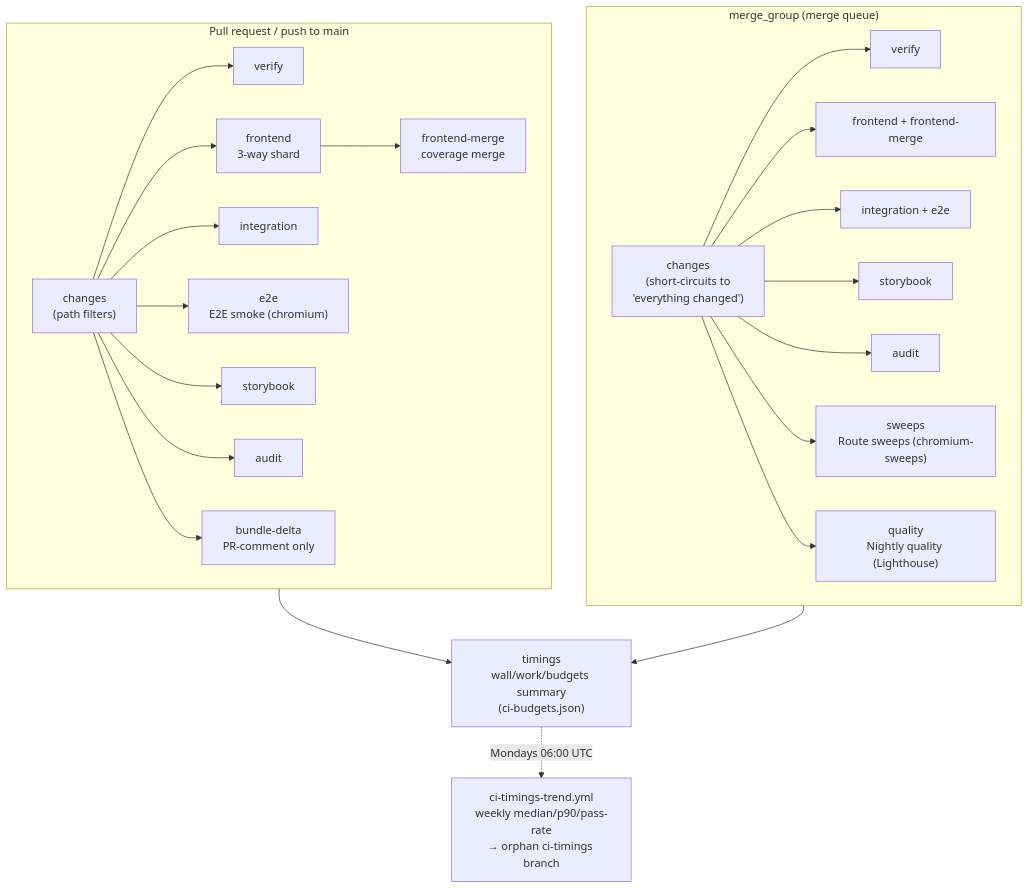
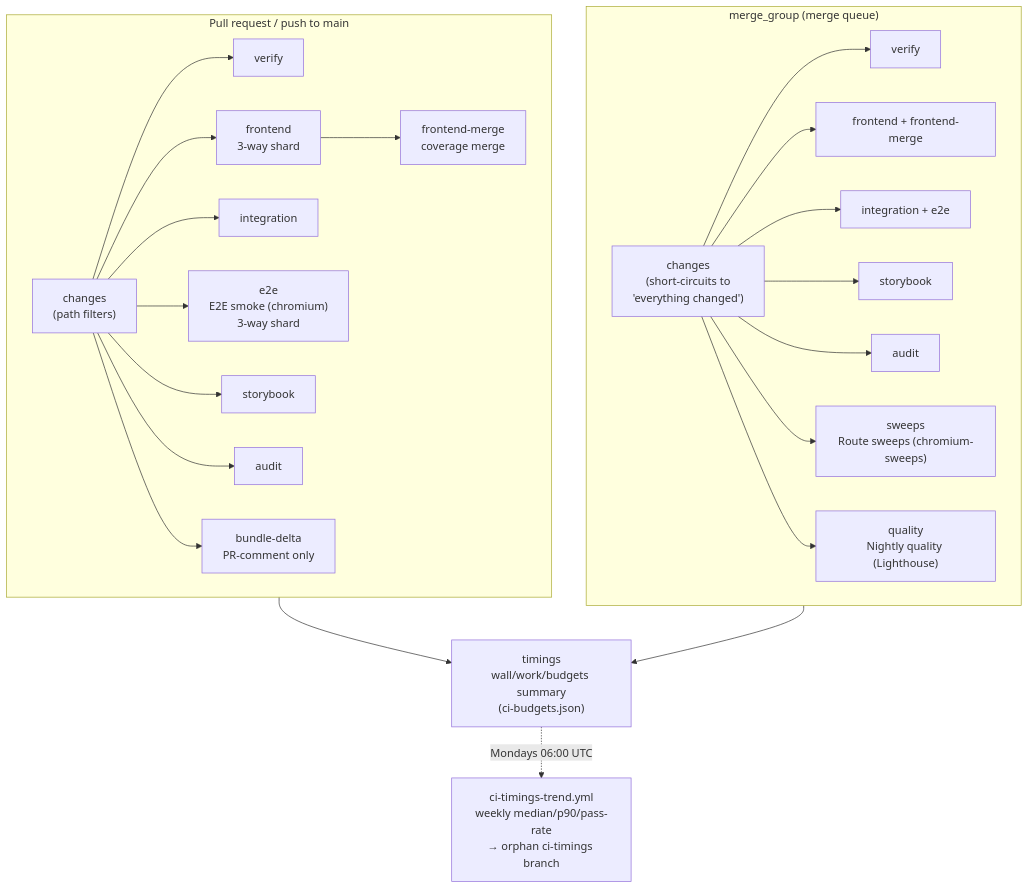
The sixth of 6 diagrams in docs/architecture/07-deployment.md (tareq89/biddaloy), drawn with Mermaid before and after one commit. The commit also changed other lines of this file and 3 other files, not shown here.

First line of the commit message:
[2642] ci: shard the chromium E2E smoke job 3 ways again; PWA runs on the last shard

````diff
--- a/docs/architecture/07-deployment.md
+++ b/docs/architecture/07-deployment.md
@@ -316,27 +316,27 @@
 ```mermaid
 flowchart TB
     subgraph PR["Pull request / push to main"]
         direction LR
         changes1["changes\n(path filters)"] --> verify1["verify"]
         changes1 --> frontend1["frontend\n3-way shard"]
         frontend1 --> merge1["frontend-merge\ncoverage merge"]
         changes1 --> integration1["integration"]
-        changes1 --> e2e1["e2e\nE2E smoke (chromium)"]
+        changes1 --> e2e1["e2e\nE2E smoke (chromium)\n3-way shard"]
         changes1 --> storybook1["storybook"]
         changes1 --> audit1["audit"]
         changes1 --> bundledelta1["bundle-delta\nPR-comment only"]
     end
     subgraph MQ["merge_group (merge queue)"]
         direction LR
         changes2["changes\n(short-circuits to\n'everything changed')"] --> verify2["verify"]
         changes2 --> frontend2["frontend + frontend-merge"]
         changes2 --> integration2["integration + e2e"]
         changes2 --> storybook2["storybook"]
         changes2 --> audit2["audit"]
         changes2 --> sweeps["sweeps\nRoute sweeps (chromium-sweeps)"]
         changes2 --> quality["quality\nNightly quality (Lighthouse)"]
     end
     PR --> timings["timings\nwall/work/budgets summary\n(ci-budgets.json)"]
     MQ --> timings
     timings -.->|Mondays 06:00 UTC| trend["ci-timings-trend.yml\nweekly median/p90/pass-rate\n→ orphan ci-timings branch"]
 ```
````
